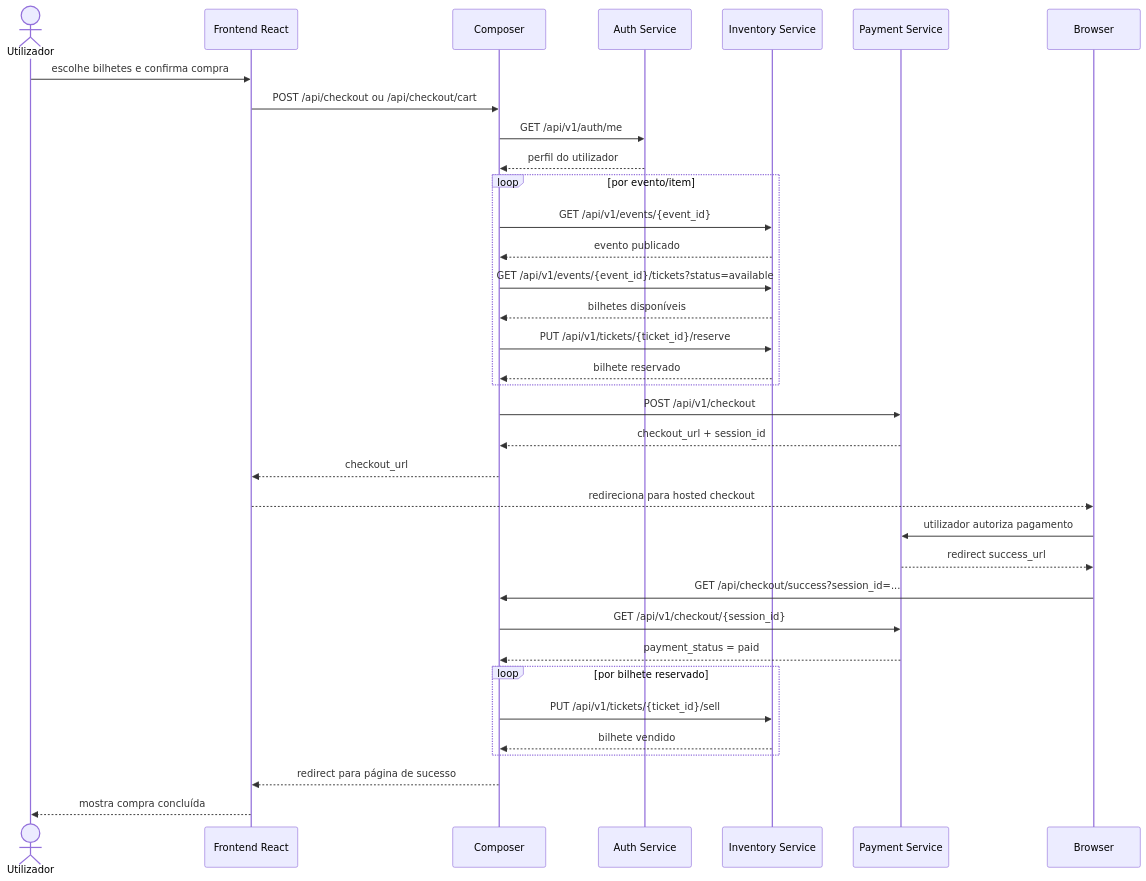
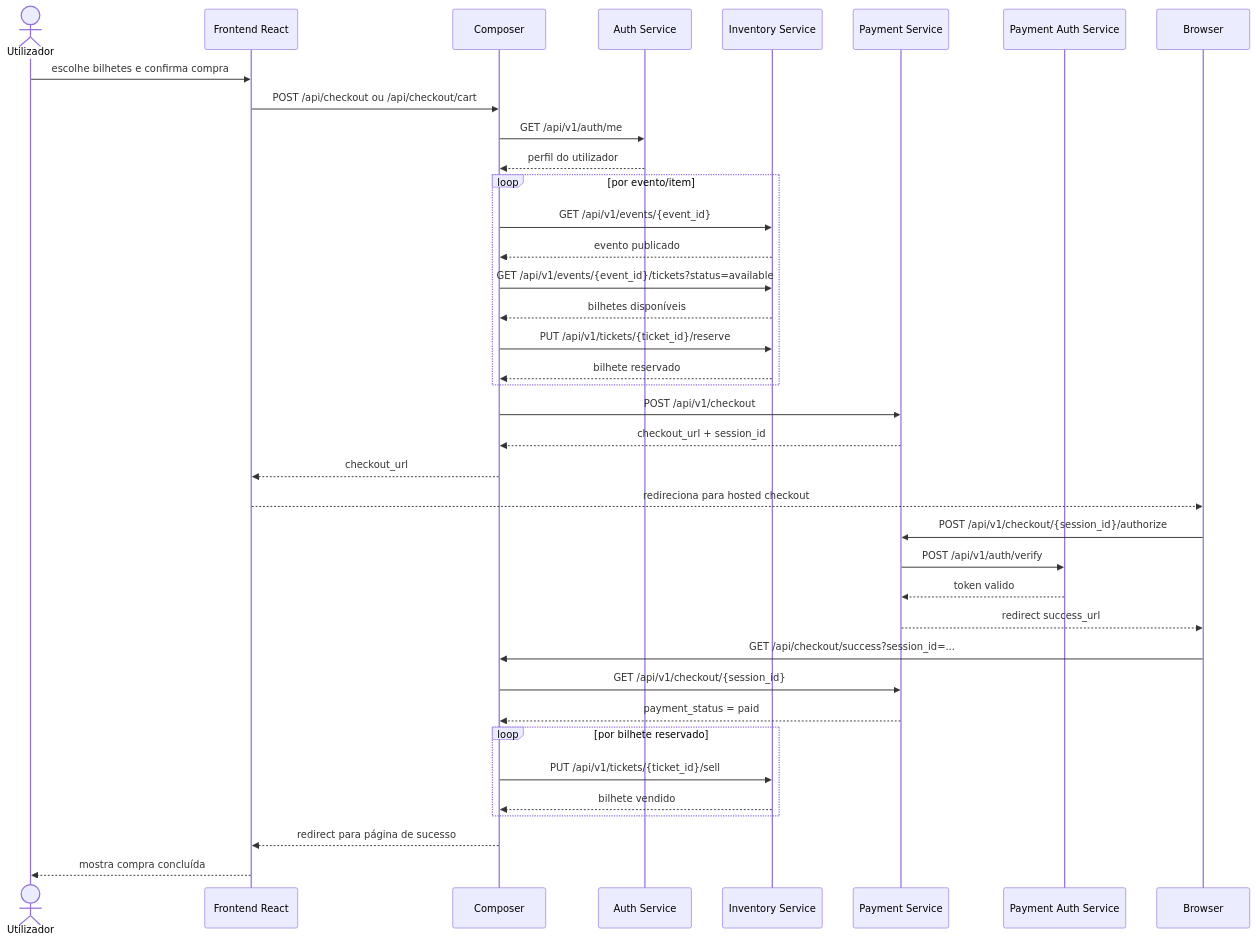
Before and after one commit to andrealex50/composer-egs: the first of 2 diagrams in presentacao/diagrama-checkout.md, drawn with Mermaid. The commit also changed 2 other files, not shown here.

Commit message:
docs: balance presentation architecture diagrams

````diff
--- a/presentacao/diagrama-checkout.md
+++ b/presentacao/diagrama-checkout.md
@@ -3,43 +3,46 @@
 ```mermaid
 sequenceDiagram
     actor U as Utilizador
     participant FE as Frontend React
     participant C as Composer
     participant A as Auth Service
     participant I as Inventory Service
     participant P as Payment Service
+    participant PA as Payment Auth Service
     participant B as Browser
 
     U->>FE: escolhe bilhetes e confirma compra
     FE->>C: POST /api/checkout ou /api/checkout/cart
     C->>A: GET /api/v1/auth/me
     A-->>C: perfil do utilizador
 
     loop por evento/item
         C->>I: GET /api/v1/events/{event_id}
         I-->>C: evento publicado
         C->>I: GET /api/v1/events/{event_id}/tickets?status=available
         I-->>C: bilhetes disponíveis
         C->>I: PUT /api/v1/tickets/{ticket_id}/reserve
         I-->>C: bilhete reservado
     end
 
     C->>P: POST /api/v1/checkout
     P-->>C: checkout_url + session_id
     C-->>FE: checkout_url
     FE-->>B: redireciona para hosted checkout
 
-    B->>P: utilizador autoriza pagamento
+    B->>P: POST /api/v1/checkout/{session_id}/authorize
+    P->>PA: POST /api/v1/auth/verify
+    PA-->>P: token valido
     P-->>B: redirect success_url
     B->>C: GET /api/checkout/success?session_id=...
     C->>P: GET /api/v1/checkout/{session_id}
     P-->>C: payment_status = paid
 
     loop por bilhete reservado
         C->>I: PUT /api/v1/tickets/{ticket_id}/sell
         I-->>C: bilhete vendido
     end
 
     C-->>FE: redirect para página de sucesso
     FE-->>U: mostra compra concluída
 ```
````
